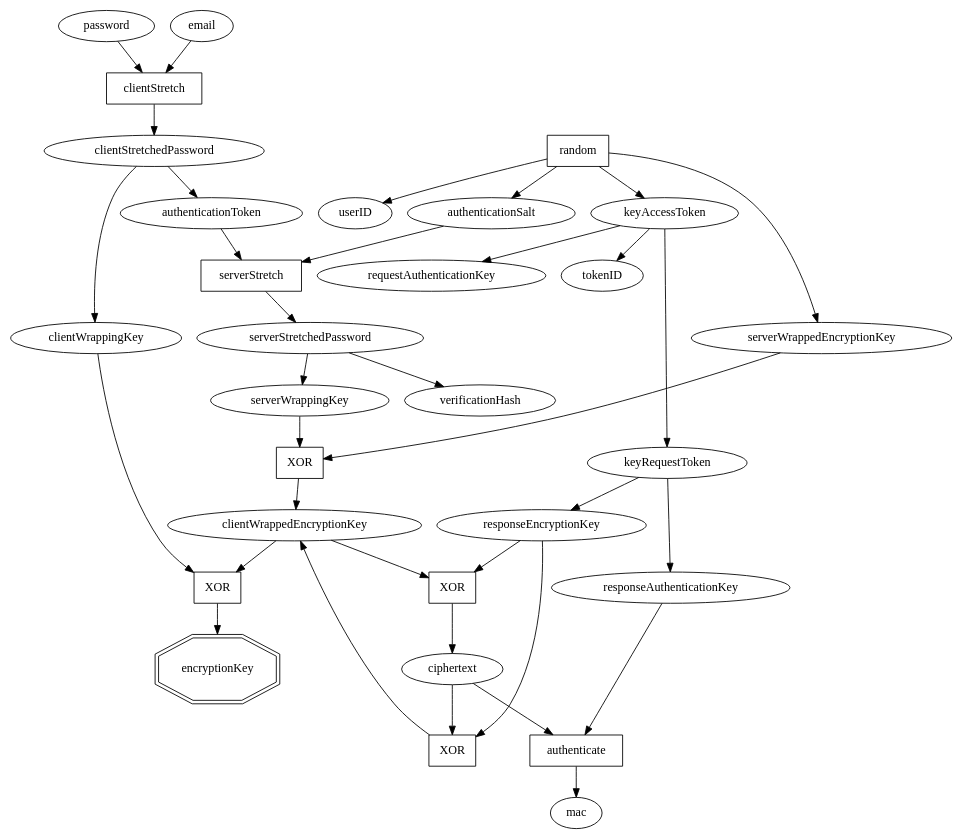
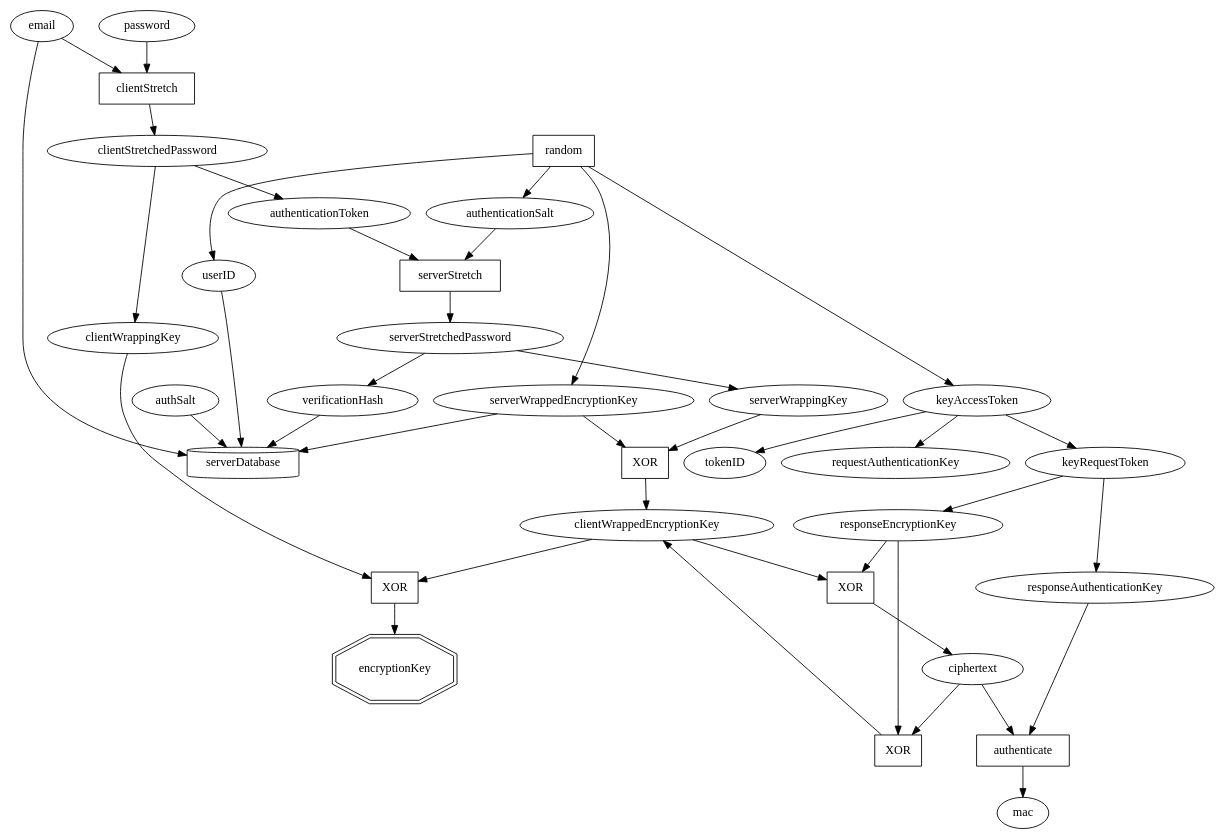
Before and after one commit to kemitchell/keyserver-protocol.js: the diagram in diagram.dot, drawn with Graphviz. The commit also changed 1 other file, not shown here.

Commit message:
Diagram database storage

```diff
--- a/diagram.dot
+++ b/diagram.dot
@@ -1,34 +1,37 @@
 digraph {
   {password, email} -> clientStretch -> clientStretchedPassword;
   clientStretch[shape=rect];
   clientStretchedPassword -> authenticationToken;
 
   random -> authenticationSalt;
   random[shape=rect];
   {authenticationToken, authenticationSalt} -> serverStretch -> serverStretchedPassword;
   serverStretch[shape=rect];
   serverStretchedPassword -> verificationHash;
   random -> serverWrappedEncryptionKey;
   random -> userID;
 
   serverStretchedPassword -> serverWrappingKey;
   {serverWrappingKey, serverWrappedEncryptionKey} -> serverWrappingKeyXOR -> clientWrappedEncryptionKey;
   serverWrappingKeyXOR[label="XOR",shape=rect];
   random -> keyAccessToken;
   keyAccessToken -> tokenID;
   keyAccessToken -> keyRequestToken;
   keyAccessToken -> requestAuthenticationKey;
   keyRequestToken -> responseEncryptionKey;
   {clientWrappedEncryptionKey, responseEncryptionKey} -> serverEncryptionXOR -> ciphertext;
   serverEncryptionXOR[label="XOR",shape=rect];
   keyRequestToken -> responseAuthenticationKey;
   {responseAuthenticationKey, ciphertext} -> authenticate -> mac;
   authenticate[shape=rect];
 
   {ciphertext, responseEncryptionKey} -> clientEncryptionXOR -> clientWrappedEncryptionKey;
   clientEncryptionXOR[shape=rect,label="XOR"];
   clientStretchedPassword -> clientWrappingKey;
   {clientWrappedEncryptionKey, clientWrappingKey} -> clientWrappingKeyXOR -> encryptionKey;
   encryptionKey[shape=doubleoctagon,height=1,width=1];
   clientWrappingKeyXOR[label="XOR",shape=rect];
+
+  serverDatabase[shape=cylinder];
+  {authSalt, email, userID, serverWrappedEncryptionKey, verificationHash} -> serverDatabase;
 }
```
